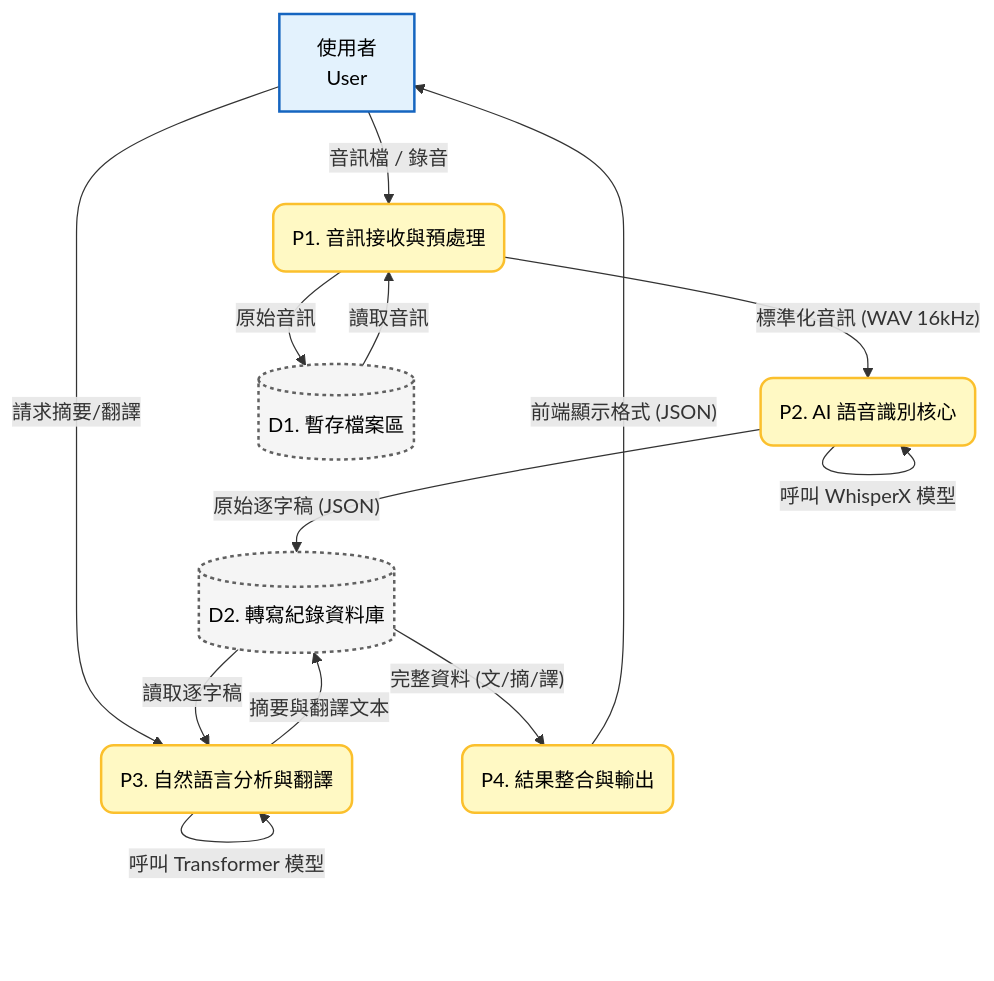
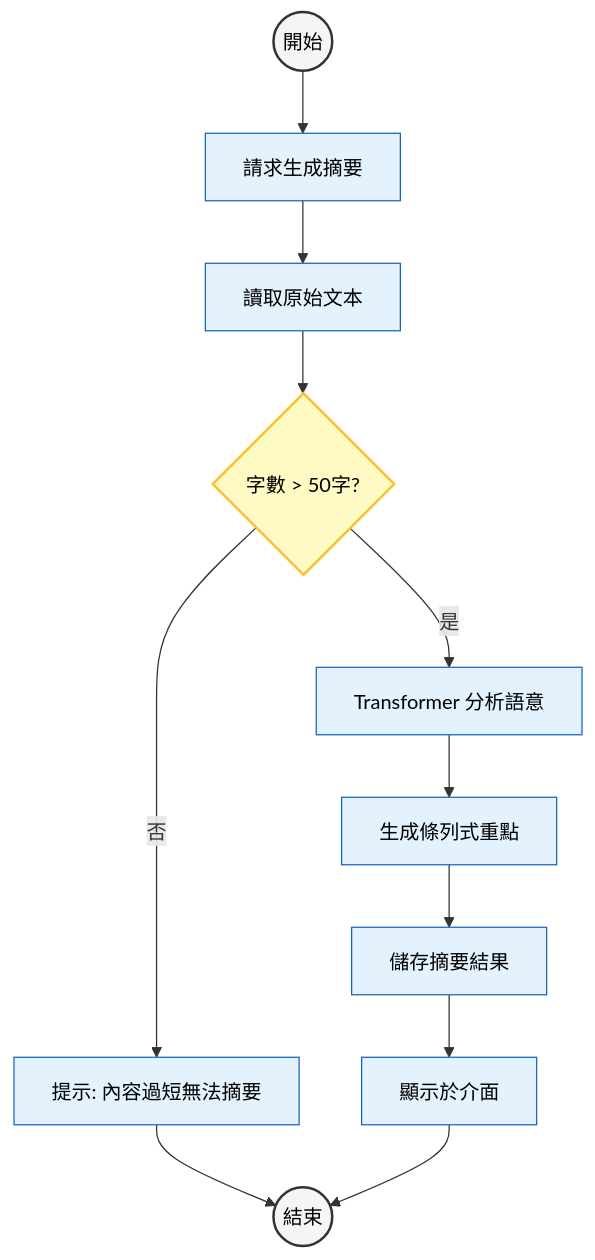
Before and after one commit to shu498/SASDteam3: the fifth of 7 diagrams in dfd.md, drawn with Mermaid. The commit also changed other lines of this file, not shown here.

````diff
--- a/dfd.md
+++ b/dfd.md
@@ -29,45 +200,34 @@
-```mermaid
+``` mermaid
 graph TD
     %% --- 樣式定義 ---
-    %% 外部實體 (Entity): 藍色方形
-    classDef entity fill:#e3f2fd,stroke:#1565c0,stroke-width:2px,color:#000;
-    %% 程序 (Process): 黃色圓角
-    classDef process fill:#fff9c4,stroke:#fbc02d,stroke-width:2px,color:#000,rx:10,ry:10;
-    %% 資料儲存 (Data Store): 灰色資料庫形狀
-    classDef store fill:#f5f5f5,stroke:#616161,stroke-width:2px,stroke-dasharray: 3 3,color:#000;
+    classDef start_end fill:#f5f5f5,stroke:#333,stroke-width:2px,rx:10,ry:10,color:#000000;
+    classDef proc fill:#e3f2fd,stroke:#1565c0,stroke-width:1px,color:#000000;
+    classDef decision fill:#fff9c4,stroke:#fbc02d,stroke-width:2px,rx:5,ry:5,color:#000000;
 
-    %% --- 1. 外部實體 ---
-    User[使用者<br/>User]:::entity
+    Start((開始)):::start_end
+    End((結束)):::start_end
 
-    %% --- 2. 內部程序 (至少三項) ---
-    P1(P1. 音訊接收與預處理):::process
-    P2(P2. AI 語音識別核心):::process
-    P3(P3. 自然語言分析與翻譯):::process
-    P4(P4. 結果整合與輸出):::process
+    %% 節點
+    Req[請求生成摘要]:::proc
+    Fetch[讀取原始文本]:::proc
+    CheckCount{字數 > 50字?}:::decision
+    MsgError[提示: 內容過短無法摘要]:::proc
+    AI_Sum[Transformer 分析語意]:::proc
+    GenList[生成條列式重點]:::proc
+    Save[儲存摘要結果]:::proc
+    Show[顯示於介面]:::proc
 
-    %% --- 3. 資料儲存 ---
-    DB1[(D1. 暫存檔案區)]:::store
-    DB2[(D2. 轉寫紀錄資料庫)]:::store
-
-    %% --- 4. 資料流向 (Data Flow) ---
+    %% 流程
+    Start --> Req
+    Req --> Fetch
+    Fetch --> CheckCount
     
-    %% P1: 接收與 FFmpeg 處理
-    User -- "音訊檔 / 錄音" --> P1
-    P1 -- "原始音訊" --> DB1
-    DB1 -- "讀取音訊" --> P1
-    P1 -- "標準化音訊 (WAV 16kHz)" --> P2
-
-    %% P2: WhisperX 轉寫
-    P2 -- "呼叫 WhisperX 模型" --> P2
-    P2 -- "原始逐字稿 (JSON)" --> DB2
+    CheckCount -- 否 --> MsgError
+    MsgError --> End
     
-    %% P3: 摘要與翻譯
-    User -- "請求摘要/翻譯" --> P3
-    DB2 -- "讀取逐字稿" --> P3
-    P3 -- "呼叫 Transformer 模型" --> P3
-    P3 -- "摘要與翻譯文本" --> DB2
-
-    %% P4: 輸出
-    DB2 -- "完整資料 (文/摘/譯)" --> P4
-    P4 -- "前端顯示格式 (JSON)" --> User
+    CheckCount -- 是 --> AI_Sum
+    AI_Sum --> GenList
+    GenList --> Save
+    Save --> Show
+    Show --> End
 ```
````
